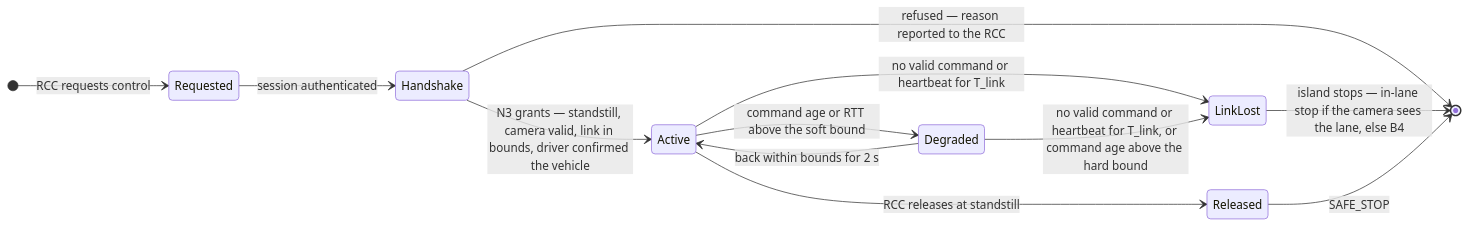
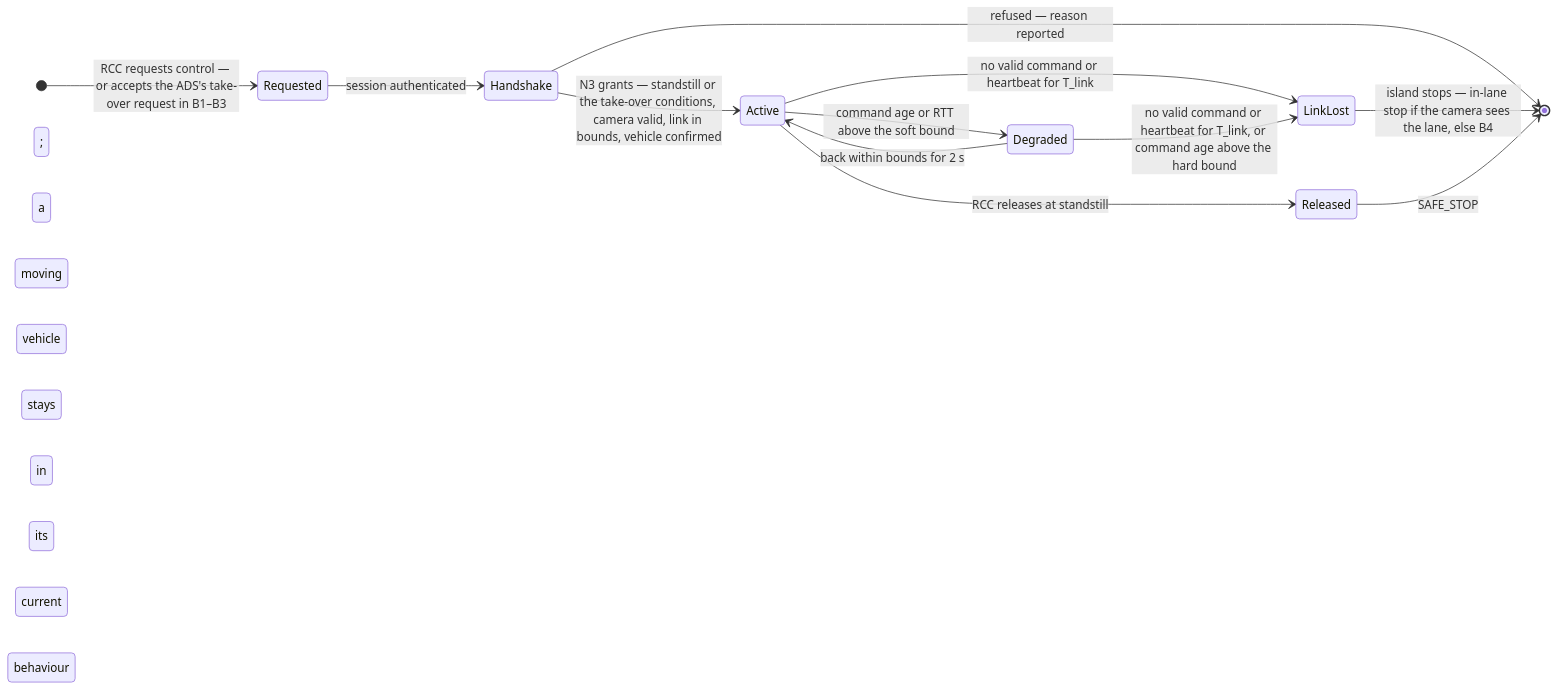
One commit to autowarefoundation/RFC_L4_SafetyIslandDesign changed the eighth of 14 diagrams in docs/L4SafetyIsland_SoftwareDesign_GitHub.md. Above: the diagram before and after it, drawn with Mermaid. The commit also changed other lines of this file and 5 other files, not shown here.

First line of the commit message:
Let B5 take over a moving vehicle from B1, B2 or B3

````diff
--- a/docs/L4SafetyIsland_SoftwareDesign_GitHub.md
+++ b/docs/L4SafetyIsland_SoftwareDesign_GitHub.md
@@ -2136,15 +2142,15 @@
 ```mermaid
 stateDiagram-v2
     direction LR
-    [*] --> Requested: RCC requests control
+    [*] --> Requested: RCC requests control — or accepts the ADS's take-over request in B1–B3
     Requested --> Handshake: session authenticated
-    Handshake --> Active: N3 grants — standstill, camera valid, link in bounds, driver confirmed the vehicle
-    Handshake --> [*]: refused — reason reported to the RCC
+    Handshake --> Active: N3 grants — standstill or the take-over conditions, camera valid, link in bounds, vehicle confirmed
+    Handshake --> [*]: refused — reason reported; a moving vehicle stays in its current behaviour
     Active --> Degraded: command age or RTT above the soft bound
     Degraded --> Active: back within bounds for 2 s
     Active --> LinkLost: no valid command or heartbeat for T_link
     Degraded --> LinkLost: no valid command or heartbeat for T_link, or command age above the hard bound
     LinkLost --> [*]: island stops — in-lane stop if the camera sees the lane, else B4
     Active --> Released: RCC releases at standstill
     Released --> [*]: SAFE_STOP
 ```
````
